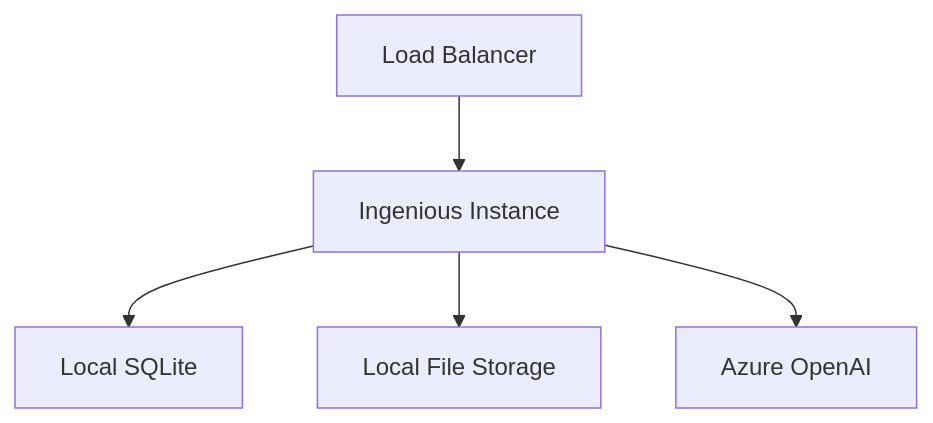
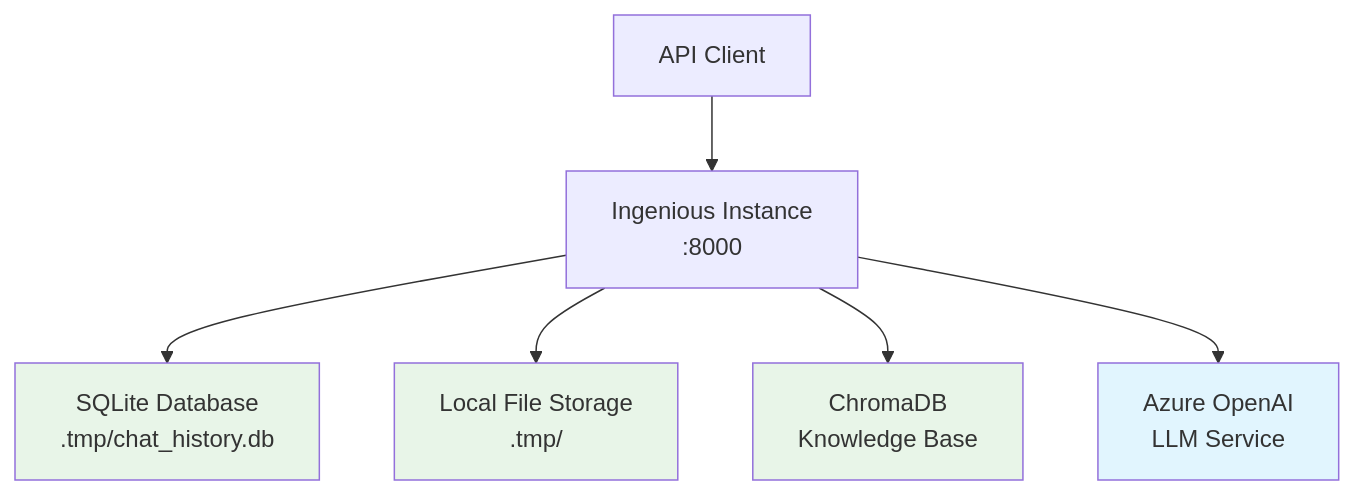
One commit to renz-adarayan/ingenious changed the seventh of 8 diagrams in docs/architecture.md. Above: the diagram before and after it, drawn with Mermaid. The commit also changed other lines of this file, not shown here.

First line of the commit message:
docs: enhance architecture documentation with dual deployment models

````diff
--- a/docs/architecture.md
+++ b/docs/architecture.md
@@ -307,7 +313,14 @@
 ```mermaid
 graph TB
-    LOAD_BALANCER[Load Balancer] --> APP_INSTANCE[Ingenious Instance]
-    APP_INSTANCE --> LOCAL_DB[Local SQLite]
-    APP_INSTANCE --> LOCAL_FILES[Local File Storage]
-    APP_INSTANCE --> AZURE_OPENAI[Azure OpenAI]
+    CLIENT[API Client] --> APP_INSTANCE[Ingenious Instance<br/>:8000]
+    APP_INSTANCE --> LOCAL_DB[SQLite Database<br/>.tmp/chat_history.db]
+    APP_INSTANCE --> LOCAL_FILES[Local File Storage<br/>.tmp/]
+    APP_INSTANCE --> CHROMADB[ChromaDB<br/>Knowledge Base]
+    APP_INSTANCE --> AZURE_OPENAI[Azure OpenAI<br/>LLM Service]
+
+    classDef localServices fill:#e8f5e8
+    classDef azureServices fill:#e1f5fe
+
+    class LOCAL_DB,LOCAL_FILES,CHROMADB localServices
+    class AZURE_OPENAI azureServices
 ```
````
